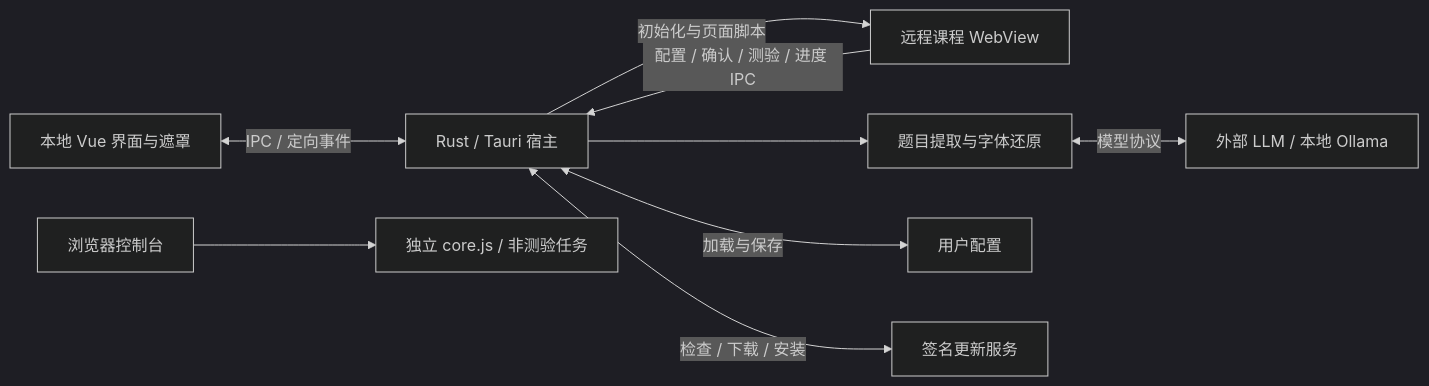
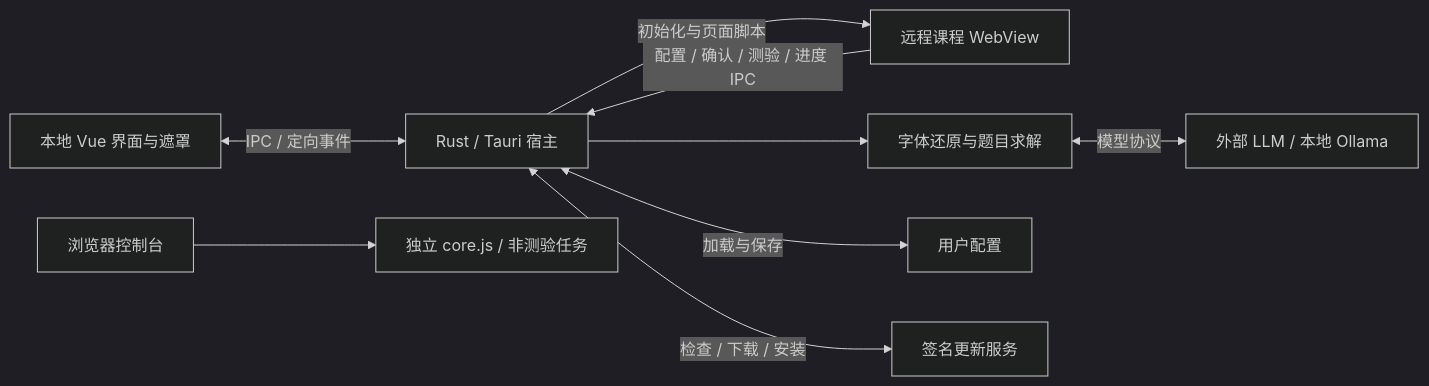
The diagram in docs/architecture/overview.md (a-LtrIa/uxuescript4UCAS), drawn with Mermaid (dark theme) before and after one commit. The commit also changed other lines of this file, not shown here.

Commit message:
docs(architecture): describe shared questions and storage-driven exam flow

````diff
--- a/docs/architecture/overview.md
+++ b/docs/architecture/overview.md
@@ -5,11 +5,11 @@
 ```mermaid
 flowchart LR
     UI[本地 Vue 界面与遮罩] <-->|IPC / 定向事件| Host[Rust / Tauri 宿主]
     Host -->|初始化与页面脚本| Course[远程课程 WebView]
     Course -->|配置 / 确认 / 测验 / 进度 IPC| Host
-    Host --> Quiz[题目提取与字体还原]
+    Host --> Quiz[字体还原与题目求解]
     Quiz <-->|模型协议| LLM[外部 LLM / 本地 Ollama]
     Host <-->|加载与保存| Config[用户配置]
     Host <-->|检查 / 下载 / 安装| Update[签名更新服务]
     Browser[浏览器控制台] --> Standalone[独立 core.js / 非测验任务]
 ```
````
